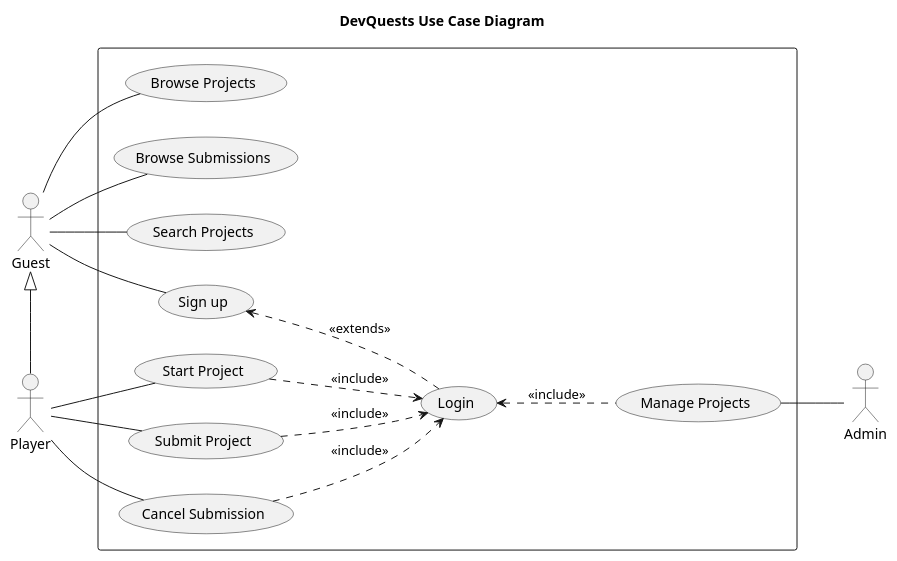
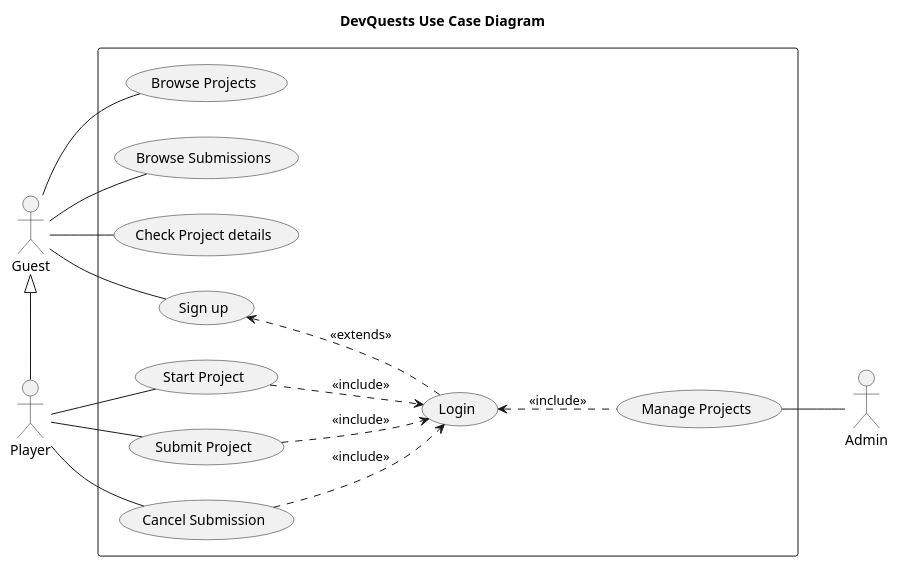
Before and after one commit to aymenBenadra/DevQuests-Fil-Rouge: the diagram in UML Diagrams/usecase-diagram.puml, drawn with PlantUML. The commit also changed 80 other files, not shown here.

```diff
--- a/UML Diagrams/usecase-diagram.puml
+++ b/UML Diagrams/usecase-diagram.puml
@@ -1,40 +1,40 @@
 @startuml "DevQuests Use Case Diagram"
 left to right direction
 title DevQuests Use Case Diagram
 
 actor "Guest" as guest
 actor "Player" as player
 actor "Admin" as admin
 
 player  -left-|> guest
 
 rectangle {
   usecase "Browse Projects" as UCG1
   usecase "Browse Submissions" as UCG2
-  usecase "Search Projects" as UCG3
+  usecase "Check Project details" as UCG3
   usecase "Start Project" as UCU1
   usecase "Submit Project" as UCU2
   usecase "Cancel Submission" as UCU3
   usecase "Manage Projects" as UCA1
   usecase "Login" as login
   usecase "Sign up" as signup
 }
 
 guest -- UCG1
 guest -- UCG2
 guest -- UCG3
 guest -- signup
 
 player -- UCU1
 player -- UCU2
 player -- UCU3
 
 UCA1 -- admin
 
 signup <.. login : <<extends>>
 UCU1 ..> login : <<include>>
 UCU2 ..> login : <<include>>
 UCU3 ..> login : <<include>>
 UCA1 .u.> login : <<include>>
 
 @enduml
```
